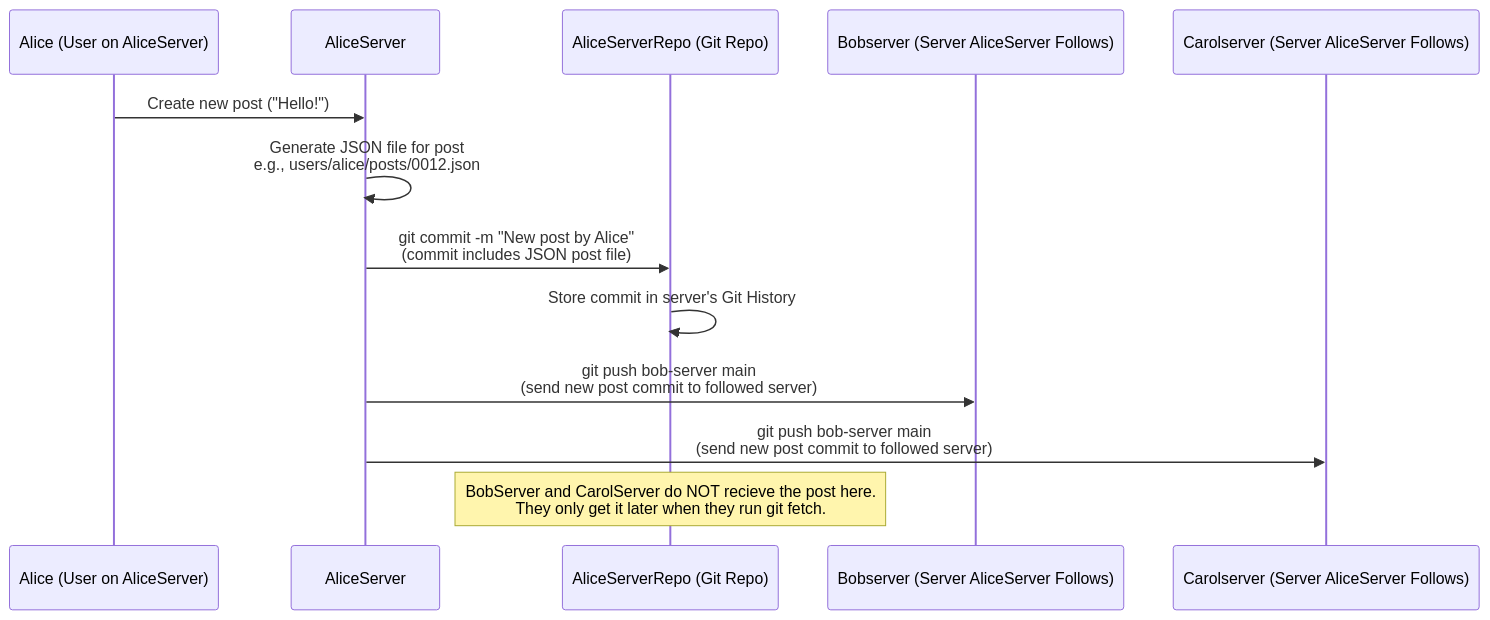
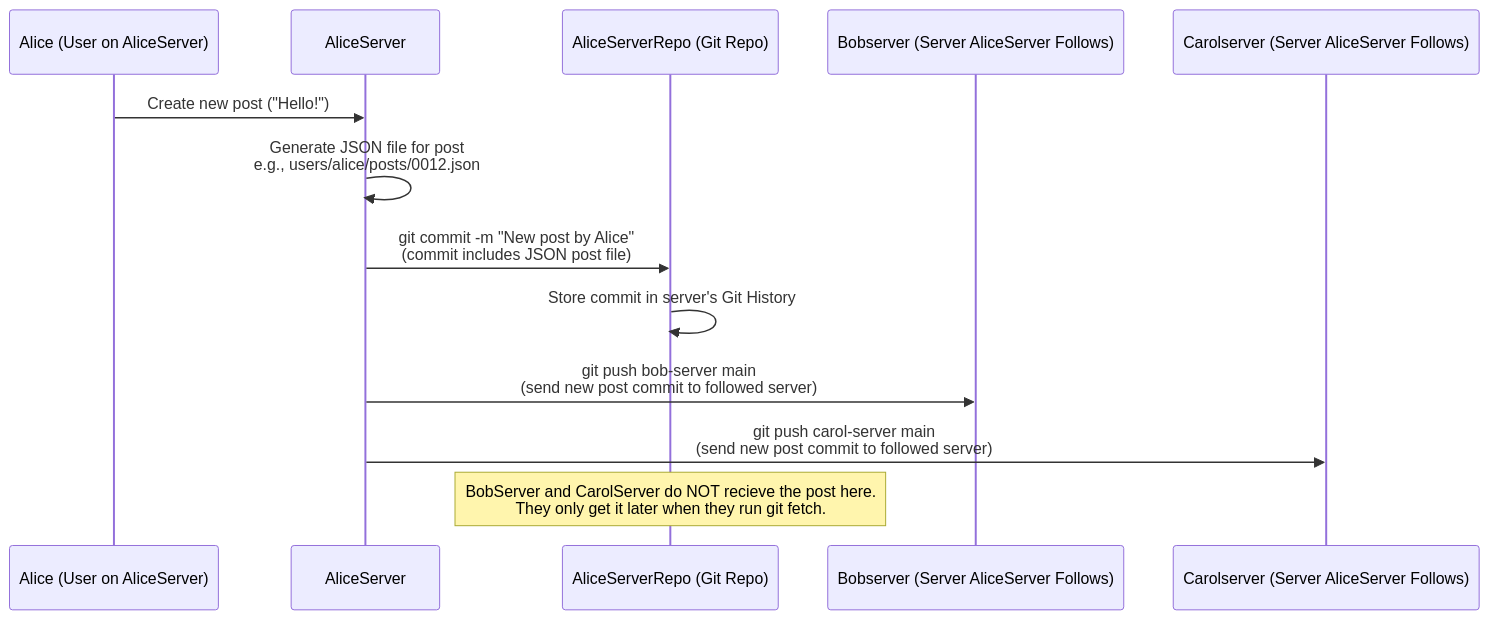
One commit to gargster/ELEC4712_Decentralised_Blog changed diagram 15 of 16 in alternatives.md. Above: the diagram before and after it, drawn with Mermaid. The commit also changed other lines of this file, not shown here.

Commit message:
Corrected/simplified Git as Federation transport sequence diagram

````diff
--- a/alternatives.md
+++ b/alternatives.md
@@ -342,20 +342,20 @@
 ```mermaid
 sequenceDiagram
     participant AliceUser as Alice (User on AliceServer)
     participant AliceServer as AliceServer
     participant AliceRepo as AliceServerRepo (Git Repo)
     participant BobServer as Bobserver (Server AliceServer Follows)
     participant CarolServer as Carolserver (Server AliceServer Follows)
 
     AliceUser->>AliceServer: Create new post ("Hello!")
 
     AliceServer->>AliceServer: Generate JSON file for post<br>e.g., users/alice/posts/0012.json
 
     AliceServer->>AliceRepo: git commit -m "New post by Alice"<br>(commit includes JSON post file)
     AliceRepo->>AliceRepo: Store commit in server's Git History
 
     AliceServer->>BobServer: git push bob-server main<br>(send new post commit to followed server)
-    AliceServer->>CarolServer: git push bob-server main<br>(send new post commit to followed server)
+    AliceServer->>CarolServer: git push carol-server main<br>(send new post commit to followed server)
     
     Note over AliceRepo: BobServer and CarolServer do NOT recieve the post here.<br>They only get it later when they run git fetch. 
 ```
````
